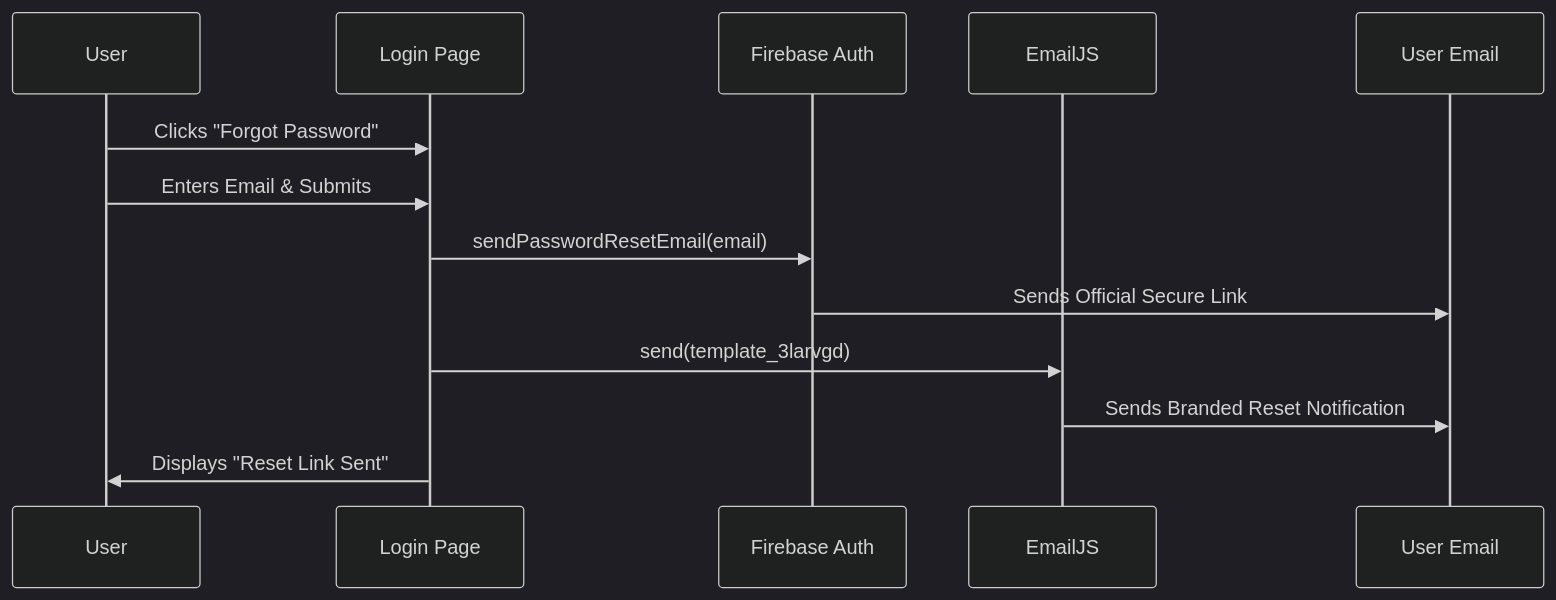
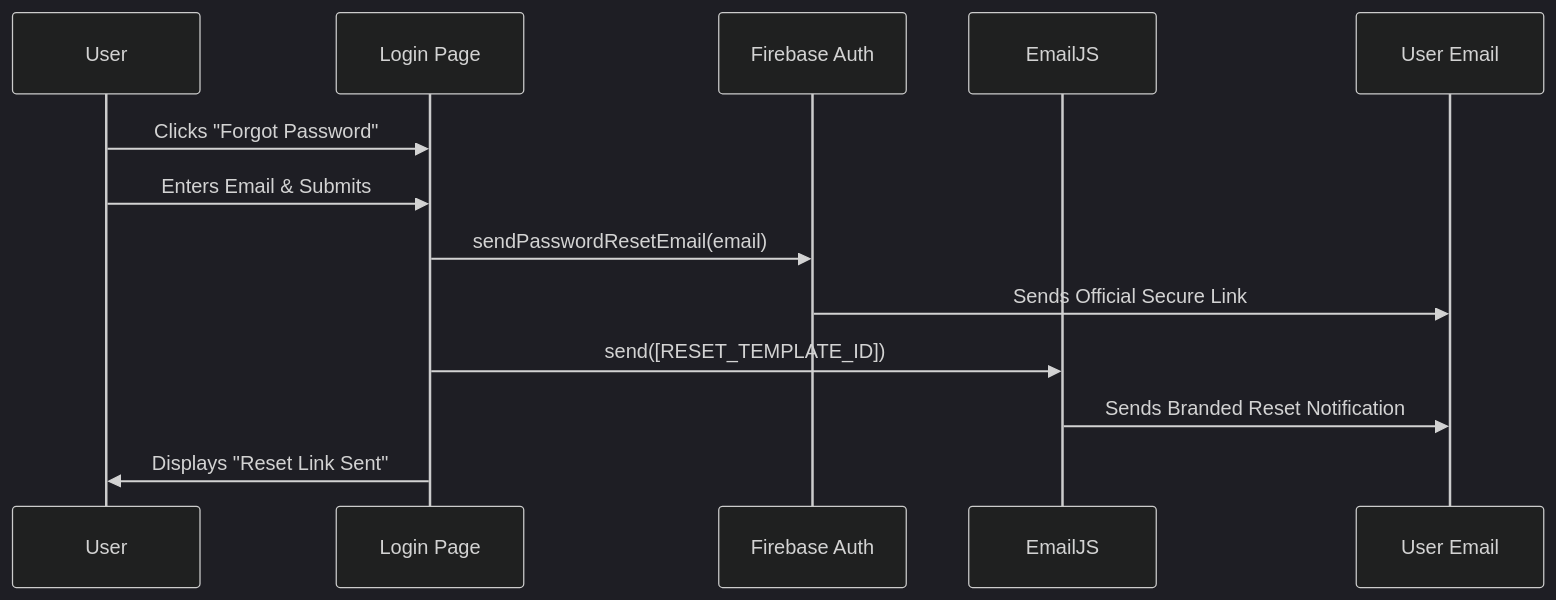
Before and after one commit to SHETYGURU/RAGA_HealthCare: the first of 3 diagrams in apps/host/documents/sequence_diagrams.md, drawn with Mermaid (dark theme). The commit also changed 5 other files, not shown here.

````diff
--- a/apps/host/documents/sequence_diagrams.md
+++ b/apps/host/documents/sequence_diagrams.md
@@ -9,16 +9,16 @@
 ```mermaid
 sequenceDiagram
     participant User
     participant Login as Login Page
     participant Auth as Firebase Auth
     participant Mail as EmailJS
     participant Inbox as User Email
 
     User->>Login: Clicks "Forgot Password"
     User->>Login: Enters Email & Submits
     Login->>Auth: sendPasswordResetEmail(email)
     Auth->>Inbox: Sends Official Secure Link
-    Login->>Mail: send(template_3larvgd)
+    Login->>Mail: send([RESET_TEMPLATE_ID])
     Mail->>Inbox: Sends Branded Reset Notification
     Login->>User: Displays "Reset Link Sent"
 ```
````
